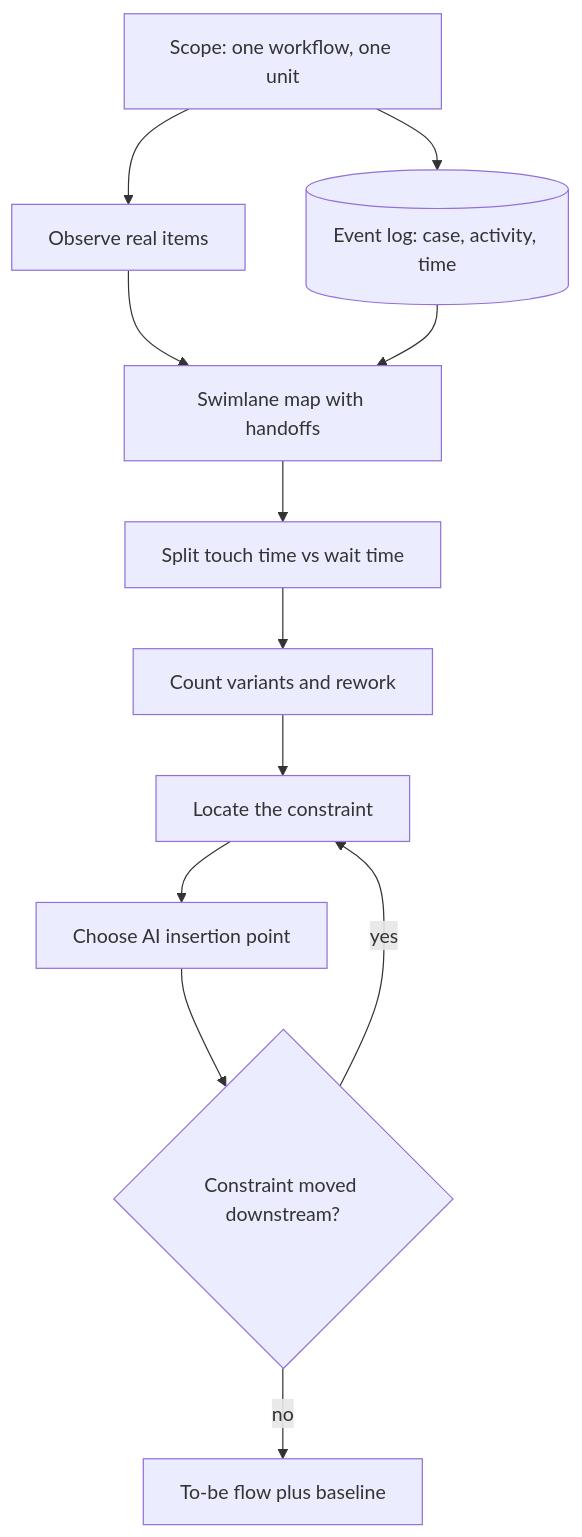
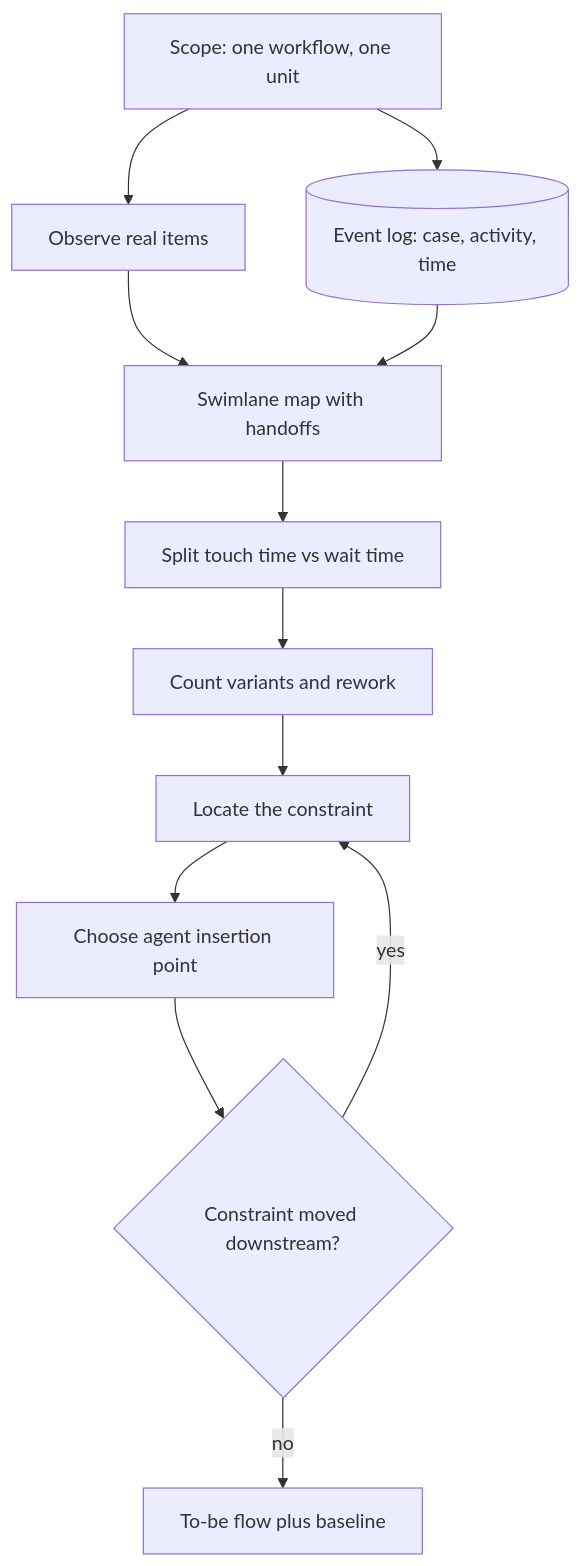
One commit to lovishmahajan97/agentic-learning changed the diagram in content/scoping/workflow-analysis.md. Above: the diagram before and after it, drawn with Mermaid. The commit also changed other lines of this file and 485 other files, not shown here.

````diff
--- a/content/scoping/workflow-analysis.md
+++ b/content/scoping/workflow-analysis.md
@@ -115,14 +129,14 @@
 ```mermaid
 flowchart TD
     S["Scope: one workflow, one unit"] --> O["Observe real items"]
     S --> L[("Event log: case, activity, time")]
     O --> M["Swimlane map with handoffs"]
     L --> M
     M --> T["Split touch time vs wait time"]
     T --> V["Count variants and rework"]
     V --> C["Locate the constraint"]
-    C --> A["Choose AI insertion point"]
+    C --> A["Choose agent insertion point"]
     A --> Q{"Constraint moved downstream?"}
     Q -->|"yes"| C
     Q -->|"no"| B["To-be flow plus baseline"]
 ```
````
